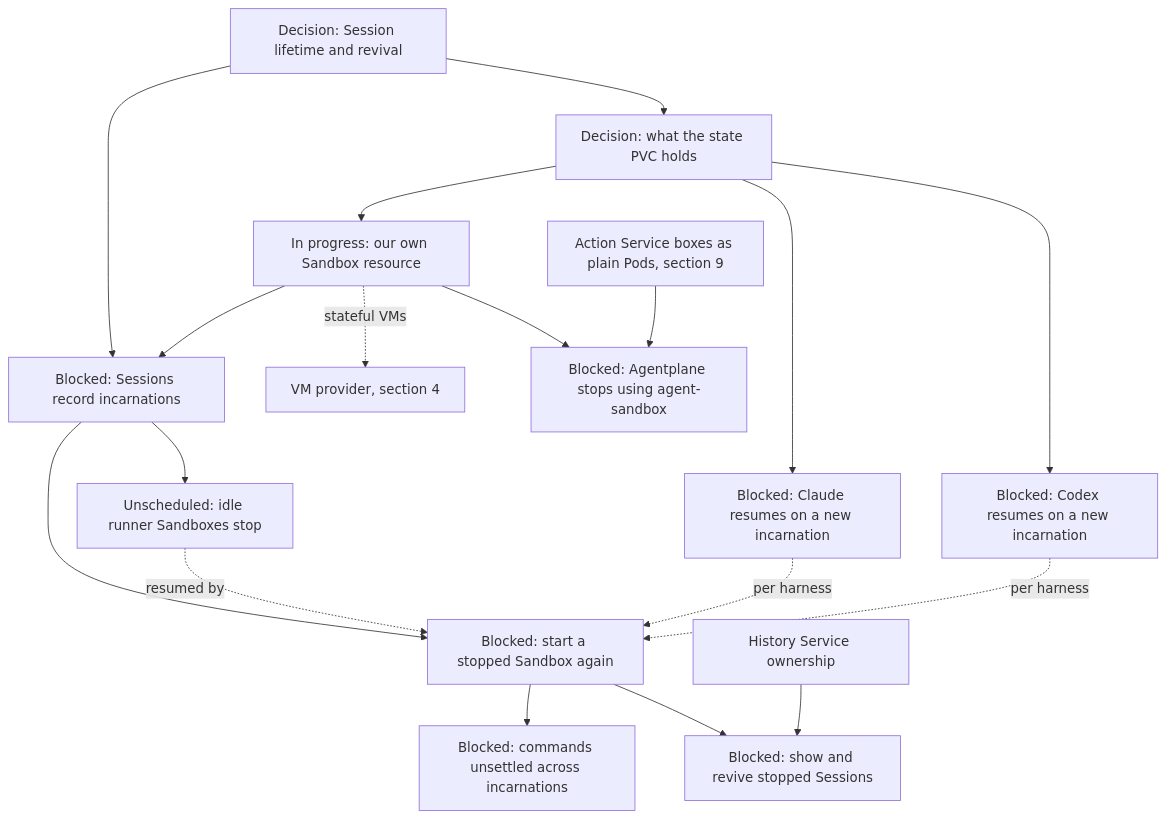
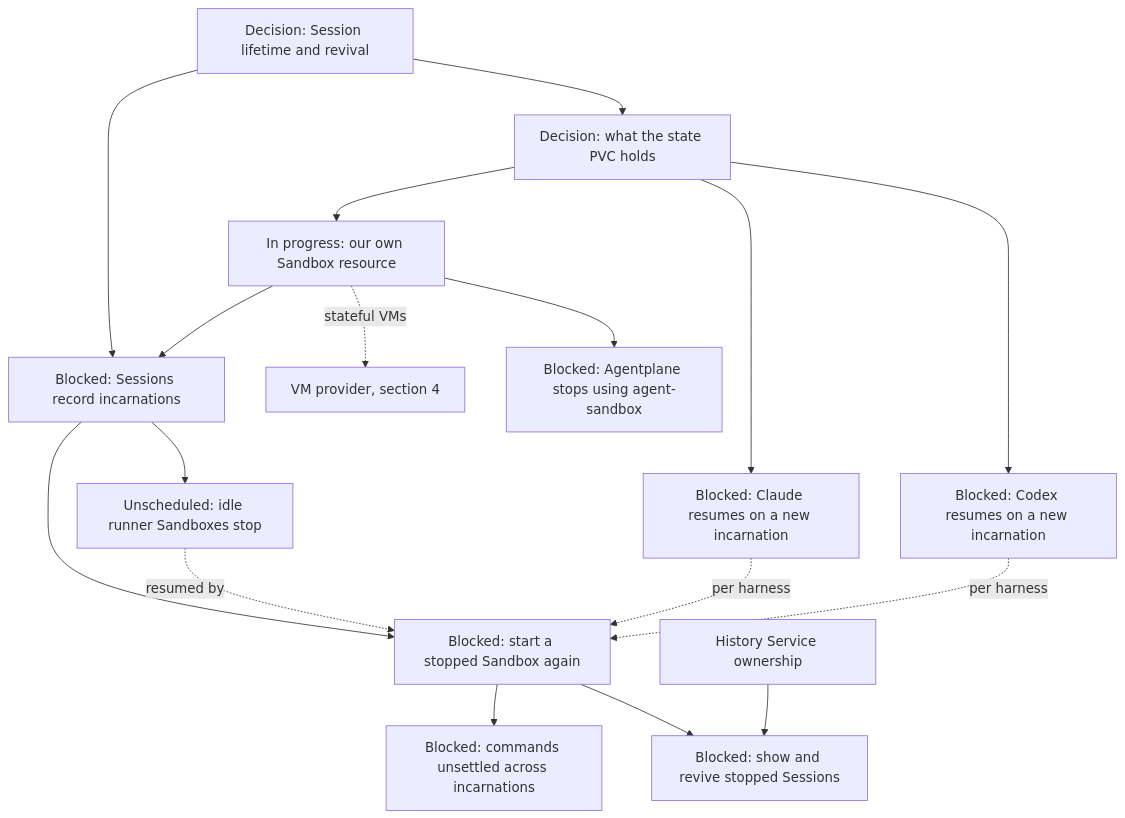
Before and after one commit to agentydragon-agent/ducktape: the tenth of 15 diagrams in agentplane/plans/task_dag.md, drawn with Mermaid. The commit also changed other lines of this file and 32 other files, not shown here.

First line of the commit message:
agentplane/action_service: staging's Action boxes become plain Pods; delete kind `sandbox` (ACTION_SANDBOX_PODS) (#10150)

````diff
--- a/agentplane/plans/task_dag.md
+++ b/agentplane/plans/task_dag.md
@@ -598,31 +598,30 @@
 ```mermaid
 flowchart TD
     DURABLE_SESSION_LIFECYCLE[Decision: Session lifetime and revival]
     SESSION_STATE_VOLUME_DESIGN[Decision: what the state PVC holds]
     AGENTPLANE_SANDBOX_RESOURCE[In progress: our own Sandbox resource]
     CLAUDE_PORTABLE_STATE[Blocked: Claude resumes on a new incarnation]
     CODEX_PORTABLE_STATE[Blocked: Codex resumes on a new incarnation]
     SESSION_INCARNATIONS[Blocked: Sessions record incarnations]
     SESSION_REVIVE[Blocked: start a stopped Sandbox again]
     THREAD_SUCCESSOR_DELIVERY[Blocked: commands unsettled across incarnations]
     HOSTED_THREAD_SURFACES[Blocked: show and revive stopped Sessions]
     HISTORY_SERVICE_OWNERSHIP[History Service ownership]
     VM_PROVIDER[VM provider, section 4]
     DURABLE_SESSION_LIFECYCLE --> SESSION_STATE_VOLUME_DESIGN
     DURABLE_SESSION_LIFECYCLE --> SESSION_INCARNATIONS
     SESSION_STATE_VOLUME_DESIGN --> AGENTPLANE_SANDBOX_RESOURCE
     SESSION_STATE_VOLUME_DESIGN --> CLAUDE_PORTABLE_STATE
     SESSION_STATE_VOLUME_DESIGN --> CODEX_PORTABLE_STATE
     AGENTPLANE_SANDBOX_RESOURCE --> SESSION_INCARNATIONS
     AGENTPLANE_SANDBOX_RESOURCE --> AGENT_SANDBOX_RETIRE[Blocked: Agentplane stops using agent-sandbox]
-    ACTION_SANDBOX_PODS[Action Service boxes as plain Pods, section 9] --> AGENT_SANDBOX_RETIRE
     AGENTPLANE_SANDBOX_RESOURCE -. stateful VMs .-> VM_PROVIDER
     SESSION_INCARNATIONS --> SESSION_REVIVE
     SESSION_INCARNATIONS --> SANDBOX_IDLE_EXPIRY[Unscheduled: idle runner Sandboxes stop]
     SANDBOX_IDLE_EXPIRY -. resumed by .-> SESSION_REVIVE
     CLAUDE_PORTABLE_STATE -. per harness .-> SESSION_REVIVE
     CODEX_PORTABLE_STATE -. per harness .-> SESSION_REVIVE
     SESSION_REVIVE --> THREAD_SUCCESSOR_DELIVERY
     SESSION_REVIVE --> HOSTED_THREAD_SURFACES
     HISTORY_SERVICE_OWNERSHIP --> HOSTED_THREAD_SURFACES
 ```
````
